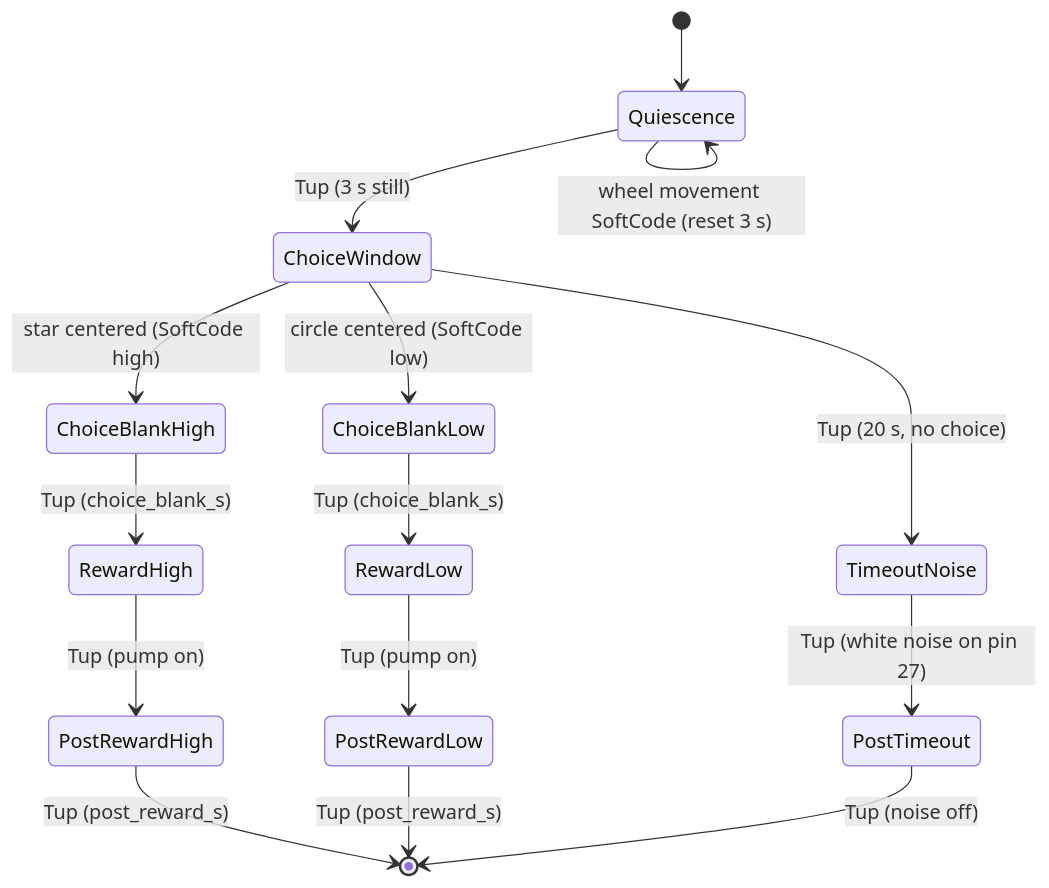
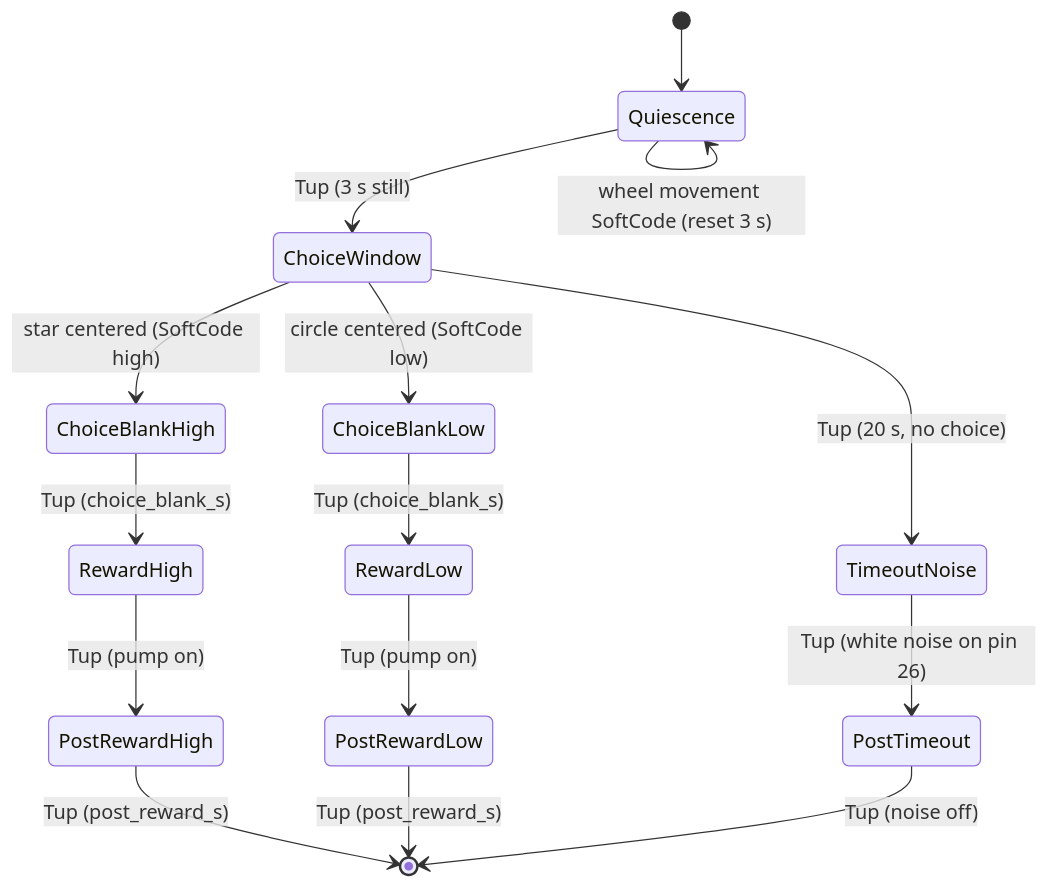
Before and after one commit to andrestrocyte/evil_rig: the second of 2 diagrams in README.md, drawn with Mermaid. The commit also changed other lines of this file and 36 other files, not shown here.

````diff
--- a/README.md
+++ b/README.md
@@ -144,17 +144,17 @@
 ```mermaid
 stateDiagram-v2
     [*] --> Quiescence
     Quiescence --> Quiescence: wheel movement SoftCode (reset 3 s)
     Quiescence --> ChoiceWindow: Tup (3 s still)
     ChoiceWindow --> ChoiceBlankHigh: star centered (SoftCode high)
     ChoiceWindow --> ChoiceBlankLow: circle centered (SoftCode low)
     ChoiceWindow --> TimeoutNoise: Tup (20 s, no choice)
     ChoiceBlankHigh --> RewardHigh: Tup (choice_blank_s)
     ChoiceBlankLow --> RewardLow: Tup (choice_blank_s)
     RewardHigh --> PostRewardHigh: Tup (pump on)
     RewardLow --> PostRewardLow: Tup (pump on)
     PostRewardHigh --> [*]: Tup (post_reward_s)
     PostRewardLow --> [*]: Tup (post_reward_s)
-    TimeoutNoise --> PostTimeout: Tup (white noise on pin 27)
+    TimeoutNoise --> PostTimeout: Tup (white noise on pin 26)
     PostTimeout --> [*]: Tup (noise off)
 ```
````
